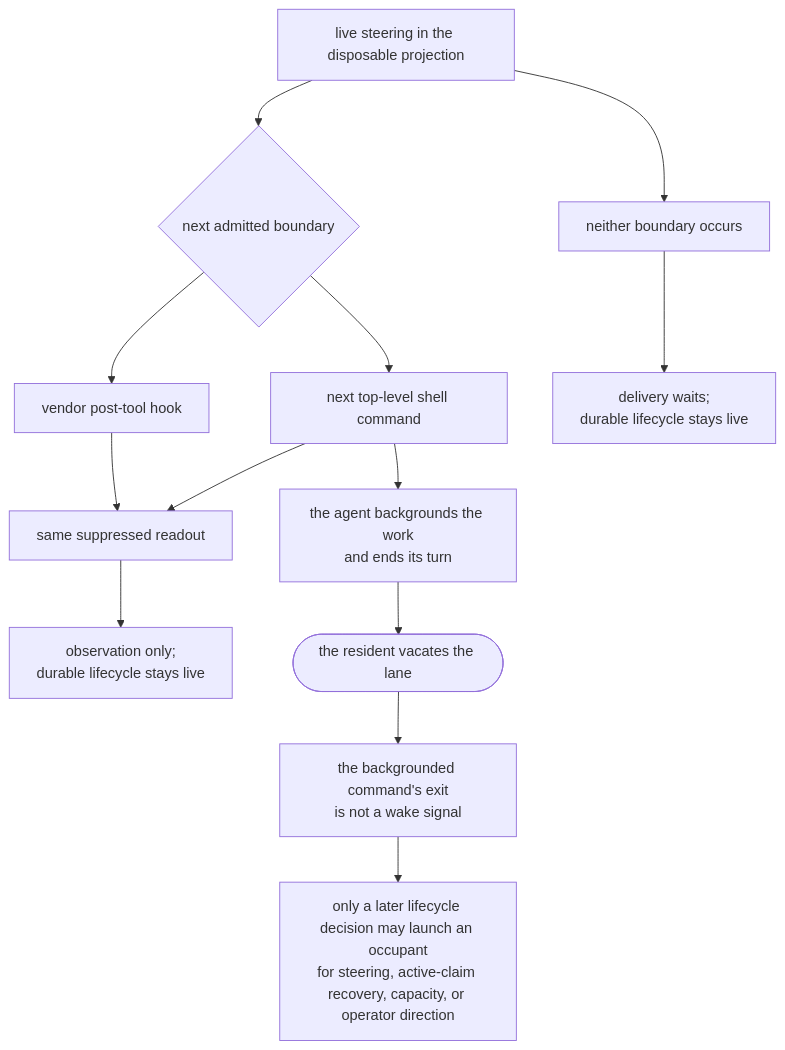
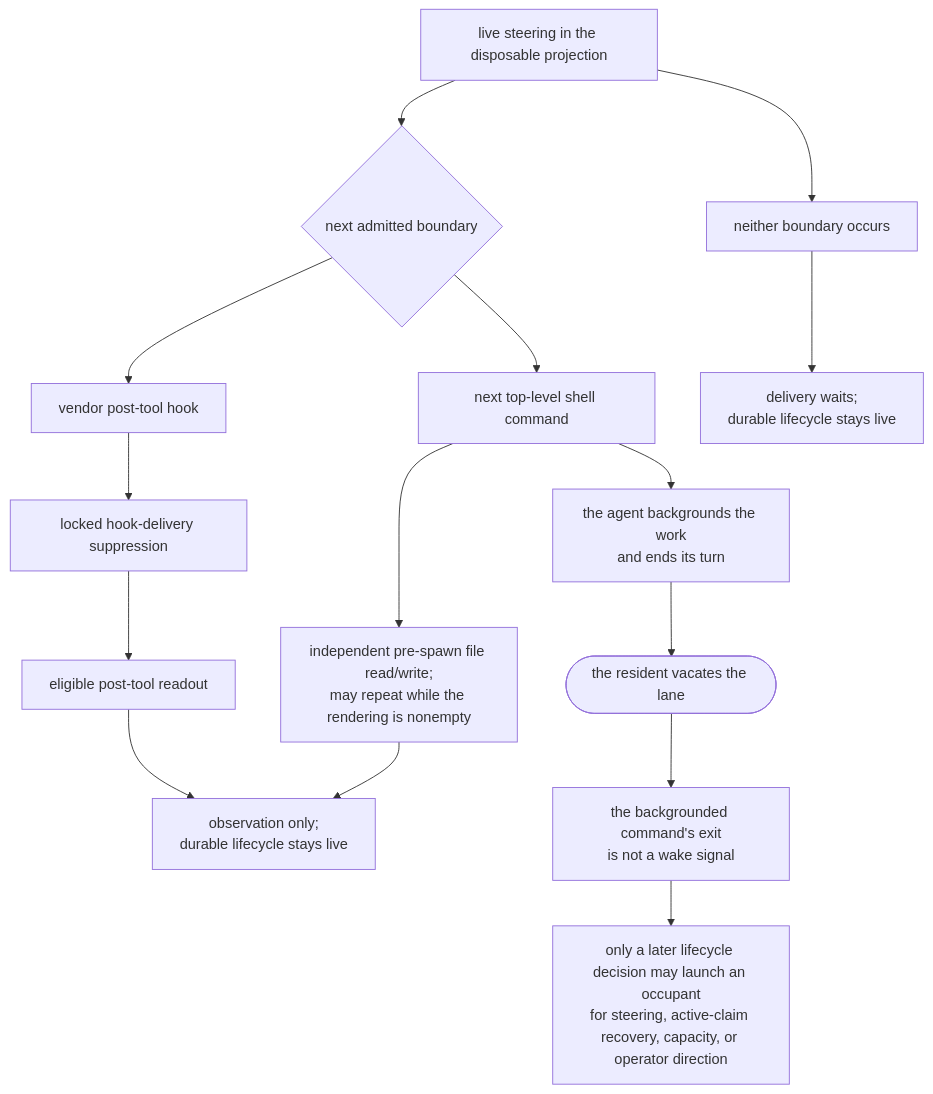
One commit to infimalabs/spice-rust changed the eighth of 10 diagrams in docs/product/planes/hooks.md. Above: the diagram before and after it, drawn with Mermaid. The commit also changed other lines of this file and 120 other files, not shown here.

````diff
--- a/docs/product/planes/hooks.md
+++ b/docs/product/planes/hooks.md
@@ -183,15 +213,17 @@
 ```mermaid
 flowchart TD
   D["live steering in the disposable projection"] --> B{"next admitted boundary"}
   B --> T["vendor post-tool hook"]
   B --> C["next top-level shell command"]
-  T --> R["same suppressed readout"]
-  C --> R
-  R --> O["observation only;<br/>durable lifecycle stays live"]
+  T --> HS["locked hook-delivery suppression"]
+  HS --> HR["eligible post-tool readout"]
+  C --> SR["independent pre-spawn file read/write;<br/>may repeat while the rendering is nonempty"]
+  HR --> O["observation only;<br/>durable lifecycle stays live"]
+  SR --> O
   D --> N["neither boundary occurs"]
   N --> W["delivery waits;<br/>durable lifecycle stays live"]
   C --> BG["the agent backgrounds the work<br/>and ends its turn"]
   BG --> S(["the resident vacates the lane"])
   S --> X["the backgrounded command's exit<br/>is not a wake signal"]
   X --> RL["only a later lifecycle decision may launch an occupant<br/>for steering, active-claim recovery, capacity, or operator direction"]
 ```
````
